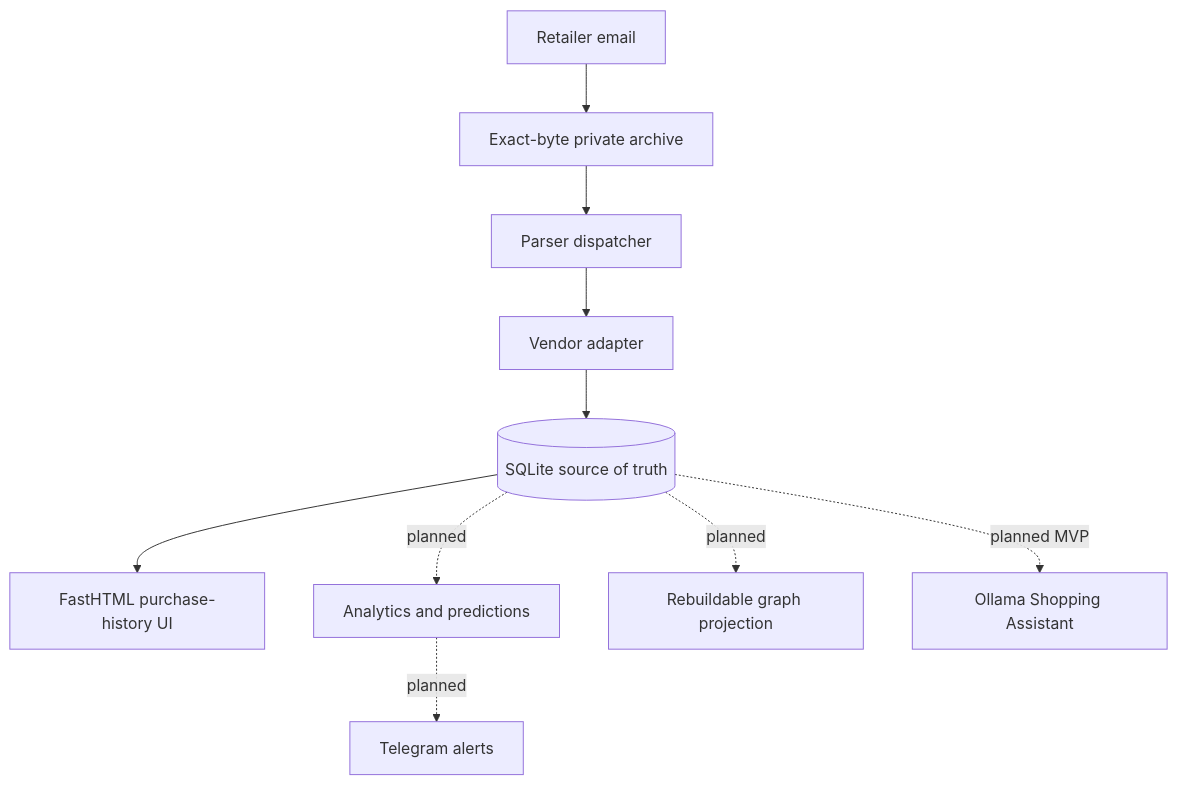
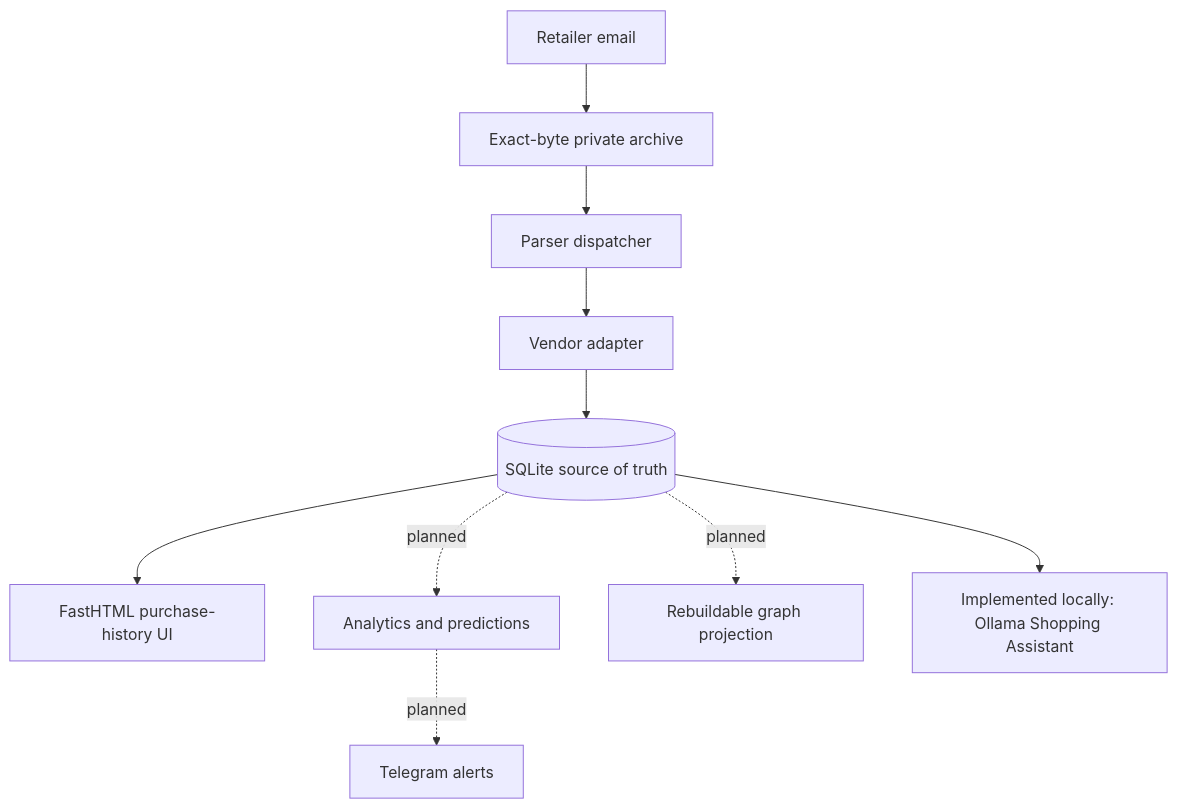
Before and after one commit to jichong-tay/jdsg-knowledge-graph-shopping: the diagram in README.md, drawn with Mermaid. The commit also changed other lines of this file and 136 other files, not shown here.

```diff
--- a/README.md
+++ b/README.md
@@ -46,12 +47,12 @@
 ~~~mermaid
 flowchart TD
     E["Retailer email"] --> A["Exact-byte private archive"]
     A --> D["Parser dispatcher"]
     D --> F["Vendor adapter"]
     F --> S[("SQLite source of truth")]
     S --> W["FastHTML purchase-history UI"]
     S -. planned .-> P["Analytics and predictions"]
     S -. planned .-> G["Rebuildable graph projection"]
-    S -. planned MVP .-> C["Ollama Shopping Assistant"]
+    S --> C["Implemented locally: Ollama Shopping Assistant"]
     P -. planned .-> T["Telegram alerts"]
 ~~~
```
